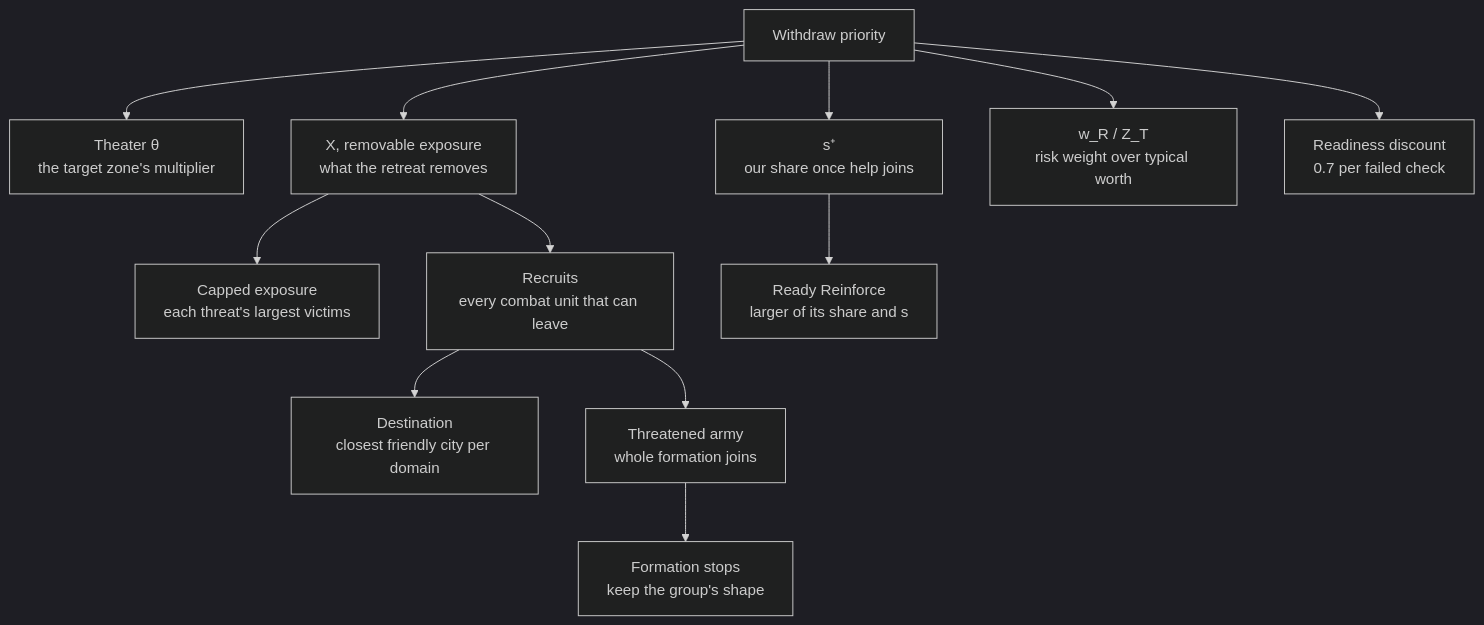
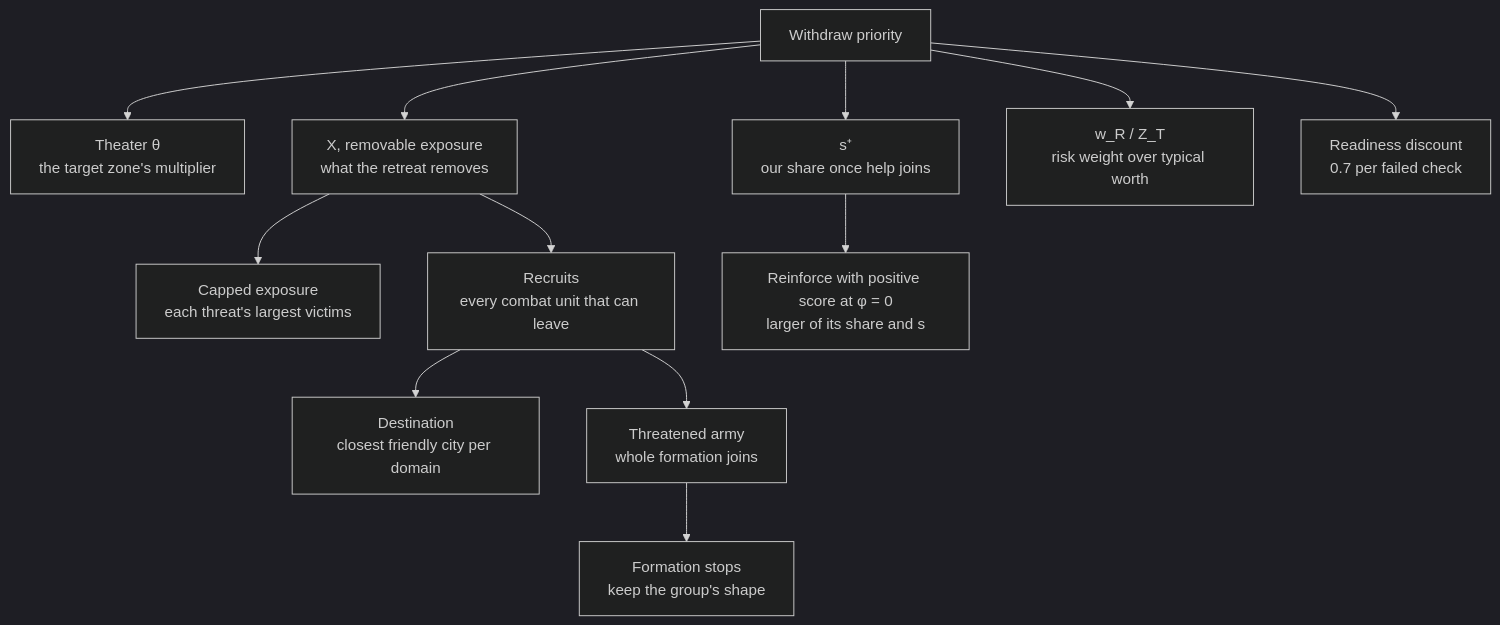
Before and after one commit to vox-deorum/vox-deorum: the diagram in docs/developers/civ5-dll/unit-ai/commands/withdrawal.md, drawn with Mermaid (dark theme). The commit also changed other lines of this file and 5 other files, not shown here.

````diff
--- a/docs/developers/civ5-dll/unit-ai/commands/withdrawal.md
+++ b/docs/developers/civ5-dll/unit-ai/commands/withdrawal.md
@@ -7,15 +7,15 @@
 ```mermaid
 flowchart TD
     P["Withdraw priority"]
     P --> T["Theater θ<br/>the target zone's multiplier"]
     P --> X["X, removable exposure<br/>what the retreat removes"]
     P --> S["s⁺<br/>our share once help joins"]
     P --> R["w_R / Z_T<br/>risk weight over typical worth"]
     P --> F["Readiness discount<br/>0.7 per failed check"]
     X --> C["Capped exposure<br/>each threat's largest victims"]
     X --> G["Recruits<br/>every combat unit that can leave"]
     G --> D["Destination<br/>closest friendly city per domain"]
     G --> FM["Threatened army<br/>whole formation joins"]
     FM --> FS["Formation stops<br/>keep the group's shape"]
-    S --> H["Ready Reinforce<br/>larger of its share and s"]
+    S --> H["Reinforce with positive score at φ = 0<br/>larger of its share and s"]
 ```
````
